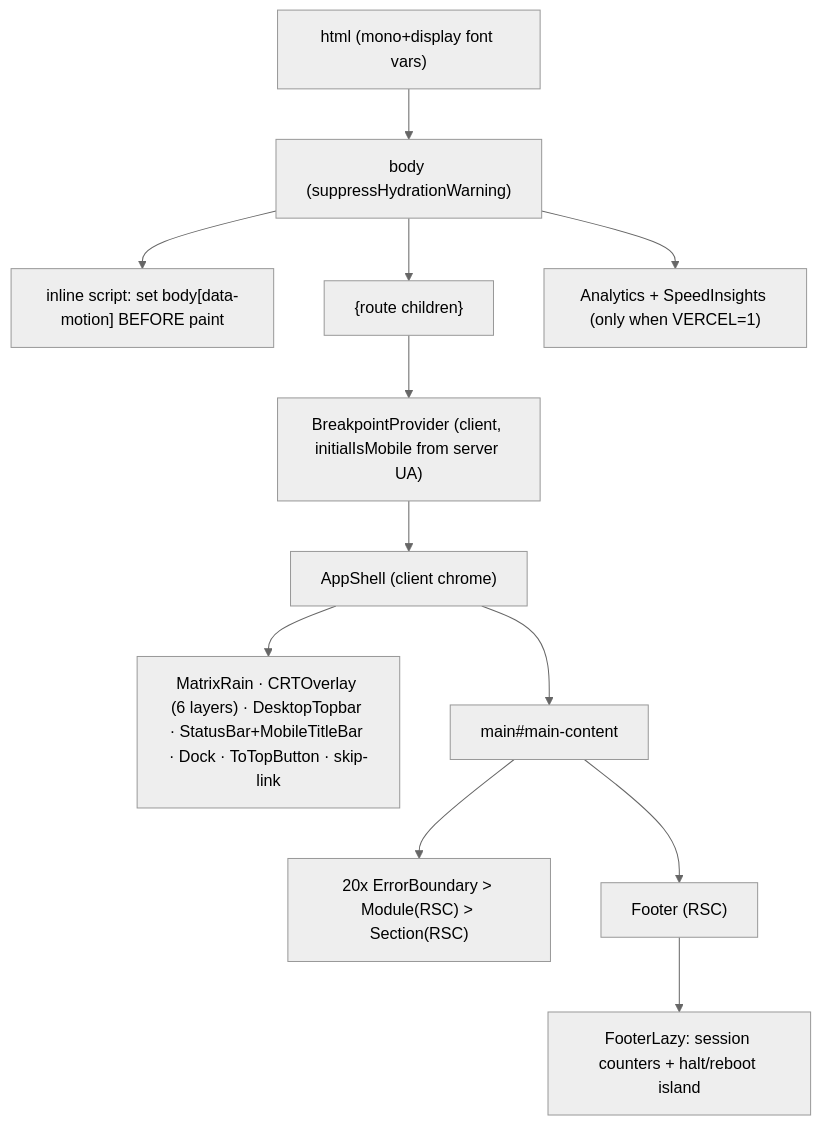
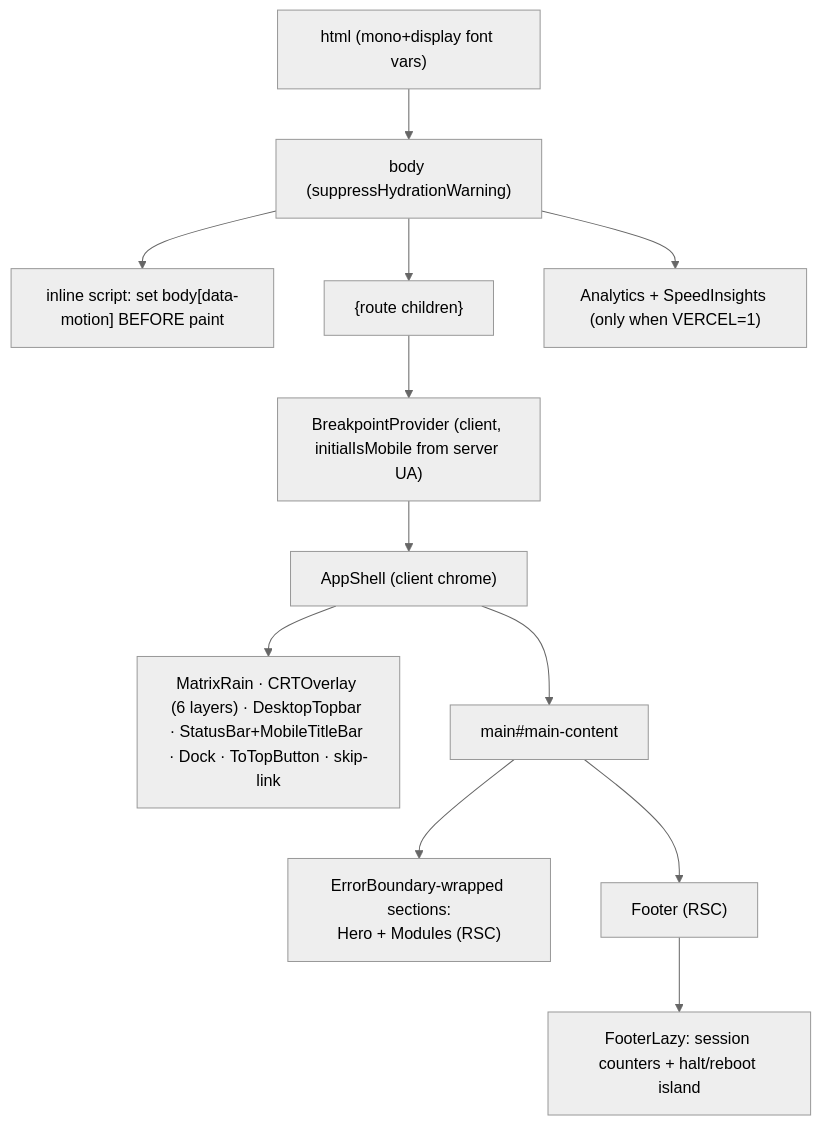
Before and after one commit to erikunha/portfolio: the second of 6 diagrams in docs/03-rendering-and-data-flow.md, drawn with Mermaid (neutral theme). The commit also changed other lines of this file and 47 other files, not shown here.

````diff
--- a/docs/03-rendering-and-data-flow.md
+++ b/docs/03-rendering-and-data-flow.md
@@ -38,14 +38,14 @@
 ```mermaid
 flowchart TD
     html["html (mono+display font vars)"] --> body["body (suppressHydrationWarning)"]
     body --> boot["inline script: set body[data-motion] BEFORE paint"]
     body --> children["{route children}"]
     body --> rum["Analytics + SpeedInsights (only when VERCEL=1)"]
     children --> bp["BreakpointProvider (client, initialIsMobile from server UA)"]
     bp --> appshell["AppShell (client chrome)"]
     appshell --> chrome["MatrixRain · CRTOverlay (6 layers) · DesktopTopbar · StatusBar+MobileTitleBar · Dock · ToTopButton · skip-link"]
     appshell --> main["main#main-content"]
-    main --> secs["20x ErrorBoundary > Module(RSC) > Section(RSC)"]
+    main --> secs["ErrorBoundary-wrapped sections:<br/>Hero + Modules (RSC)"]
     main --> footer["Footer (RSC)"]
     footer --> footerIslands["FooterLazy: session counters + halt/reboot island"]
 ```
````
